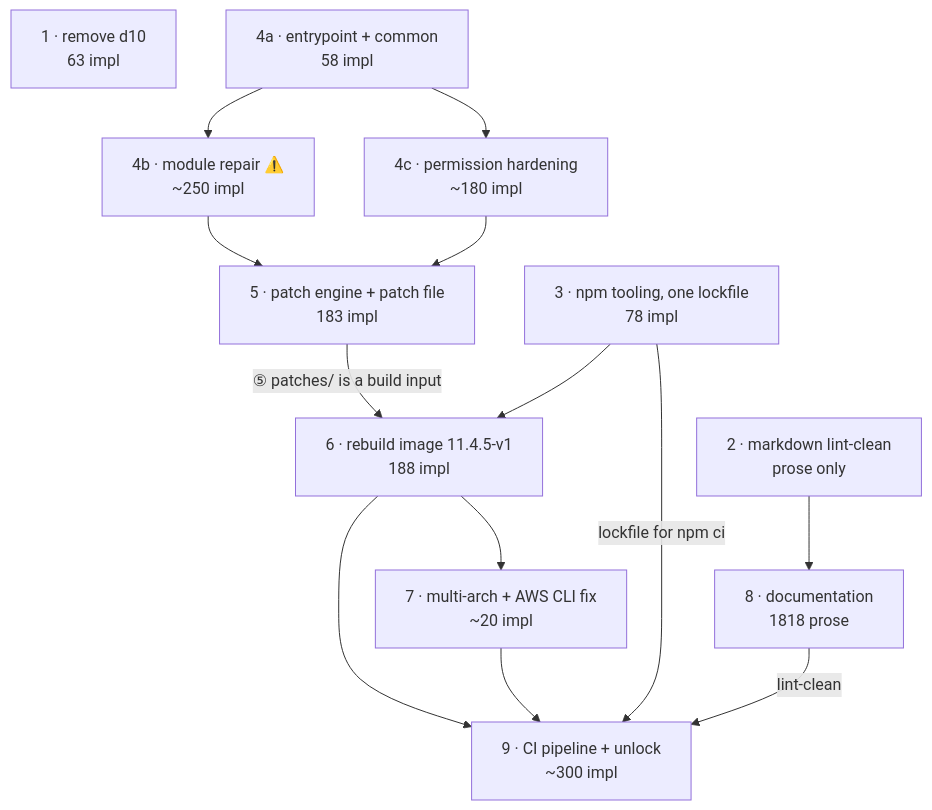
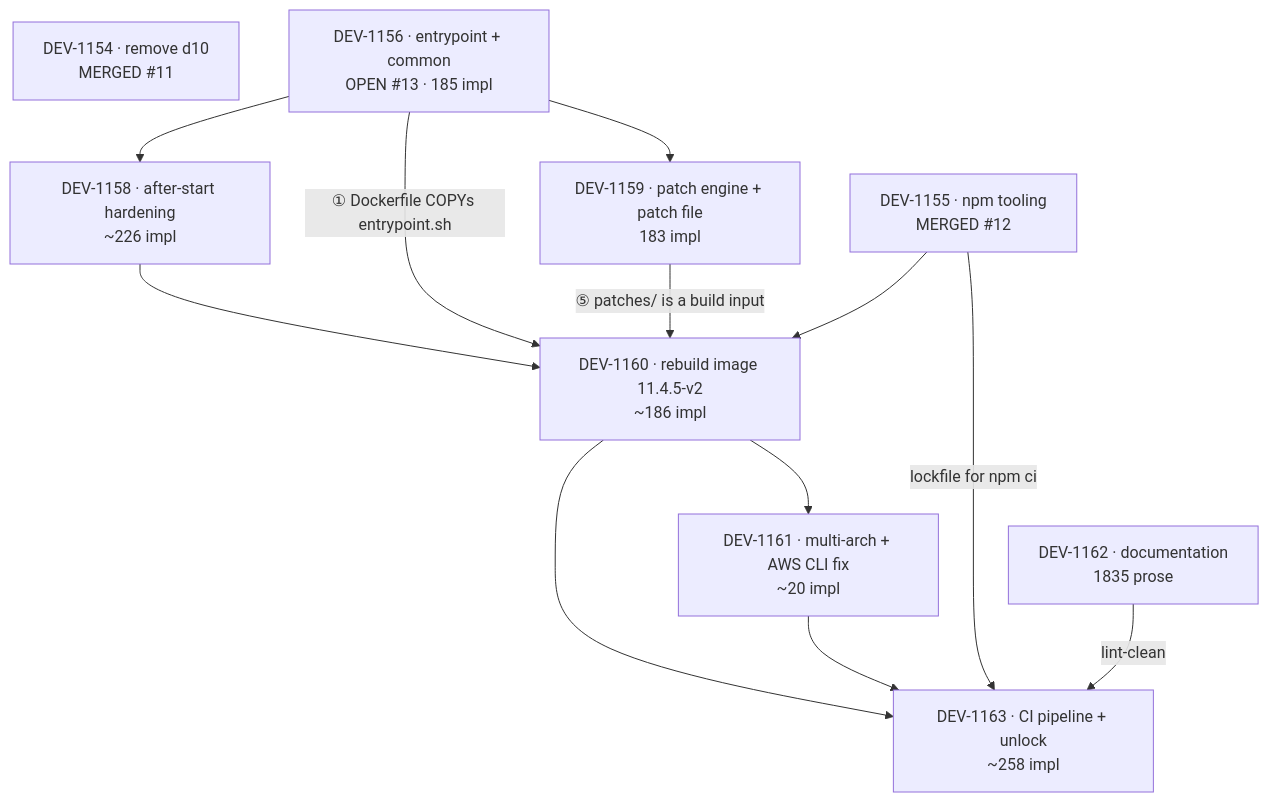
One commit to scbd/drupal-docker-wrapper changed the second of 2 diagrams in docs/seam-review.md. Above: the diagram before and after it, drawn with Mermaid. The commit also changed other lines of this file, not shown here.

First line of the commit message:
docs: (DEV-1153) re-cut the seam plan to the chosen path

````diff
--- a/docs/seam-review.md
+++ b/docs/seam-review.md
@@ -319,26 +320,24 @@
 ```mermaid
 flowchart TD
-    P1[1 · remove d10<br/>63 impl]
-    P2[2 · markdown lint-clean<br/>prose only]
-    P3[3 · npm tooling, one lockfile<br/>78 impl]
-    P4A[4a · entrypoint + common<br/>58 impl]
-    P4B[4b · module repair ⚠️<br/>~250 impl]
-    P4C[4c · permission hardening<br/>~180 impl]
-    P5[5 · patch engine + patch file<br/>183 impl]
-    P6[6 · rebuild image 11.4.5-v1<br/>188 impl]
-    P7[7 · multi-arch + AWS CLI fix<br/>~20 impl]
-    P8[8 · documentation<br/>1818 prose]
-    P9[9 · CI pipeline + unlock<br/>~300 impl]
-    P4A --> P4B
-    P4A --> P4C
-    P4B --> P5
-    P4C --> P5
-    P5 -- "⑤ patches/ is a build input" --> P6
-    P3 --> P6
-    P6 --> P7
-    P2 --> P8
-    P6 --> P9
-    P7 --> P9
-    P3 -- "lockfile for npm ci" --> P9
-    P8 -- "lint-clean" --> P9
+    D1154[DEV-1154 · remove d10<br/>MERGED #11]
+    D1155[DEV-1155 · npm tooling<br/>MERGED #12]
+    D1156[DEV-1156 · entrypoint + common<br/>OPEN #13 · 185 impl]
+    D1158[DEV-1158 · after-start hardening<br/>~226 impl]
+    D1159[DEV-1159 · patch engine + patch file<br/>183 impl]
+    D1160[DEV-1160 · rebuild image 11.4.5-v2<br/>~186 impl]
+    D1161[DEV-1161 · multi-arch + AWS CLI fix<br/>~20 impl]
+    D1162[DEV-1162 · documentation<br/>1835 prose]
+    D1163[DEV-1163 · CI pipeline + unlock<br/>~258 impl]
+
+    D1156 --> D1158
+    D1156 --> D1159
+    D1158 --> D1160
+    D1156 -- "① Dockerfile COPYs entrypoint.sh" --> D1160
+    D1159 -- "⑤ patches/ is a build input" --> D1160
+    D1155 --> D1160
+    D1160 --> D1161
+    D1160 --> D1163
+    D1161 --> D1163
+    D1155 -- "lockfile for npm ci" --> D1163
+    D1162 -- "lint-clean" --> D1163
 ```
````
